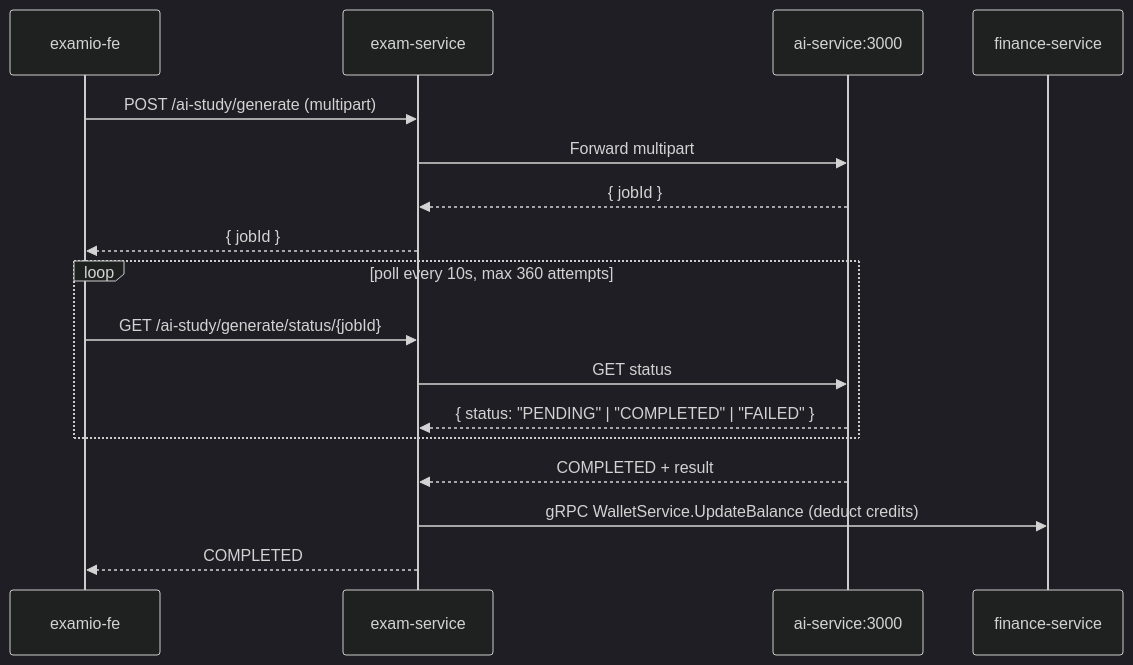
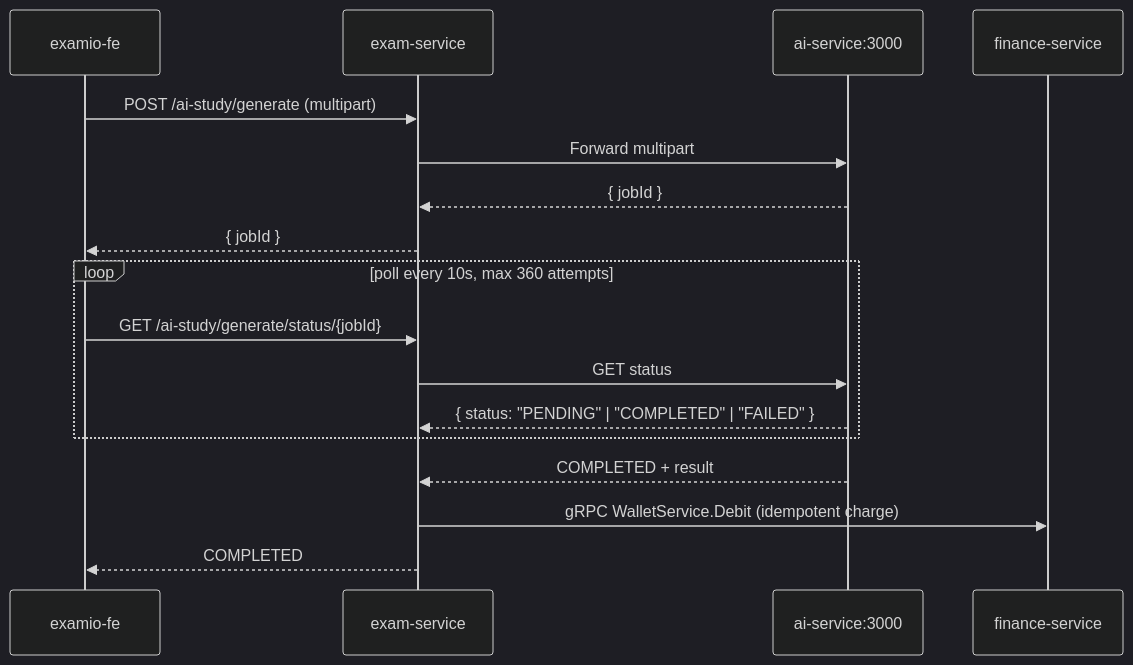
Before and after one commit to tgiap04/examio: the fifth of 9 diagrams in docs/system/architecture.md, drawn with Mermaid (dark theme). The commit also changed other lines of this file and 14 other files, not shown here.

Commit message:
docs: document phase 10 data ownership and idempotent money flows

````diff
--- a/docs/system/architecture.md
+++ b/docs/system/architecture.md
@@ -213,19 +240,19 @@
 ```mermaid
 sequenceDiagram
     participant FE as examio-fe
     participant EX as exam-service
     participant AI as ai-service:3000
     participant FIN as finance-service
     FE->>EX: POST /ai-study/generate (multipart)
     EX->>AI: Forward multipart
     AI-->>EX: { jobId }
     EX-->>FE: { jobId }
     loop poll every 10s, max 360 attempts
         FE->>EX: GET /ai-study/generate/status/{jobId}
         EX->>AI: GET status
         AI-->>EX: { status: "PENDING" | "COMPLETED" | "FAILED" }
     end
     AI-->>EX: COMPLETED + result
-    EX->>FIN: gRPC WalletService.UpdateBalance (deduct credits)
+    EX->>FIN: gRPC WalletService.Debit (idempotent charge)
     EX-->>FE: COMPLETED
 ```
````
